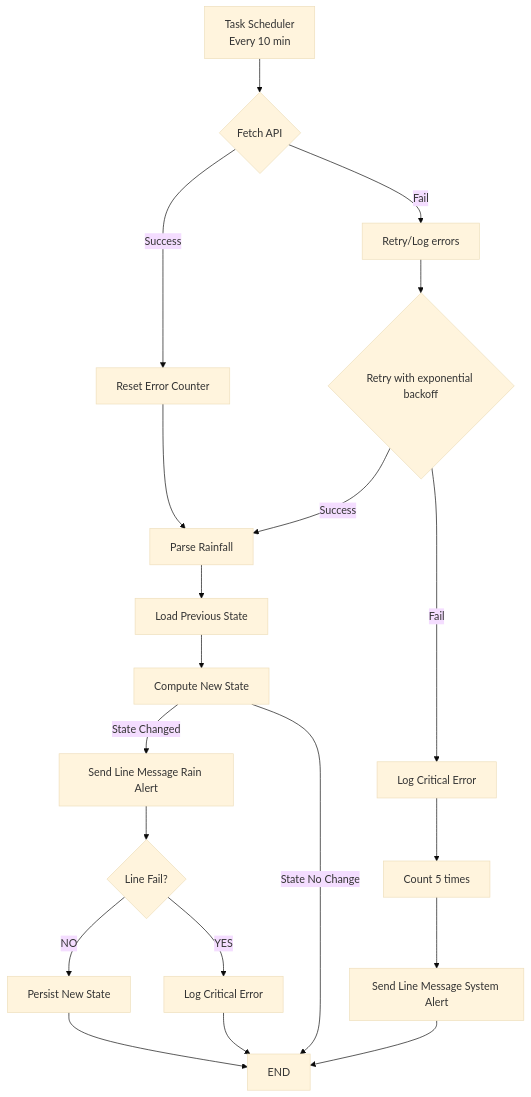
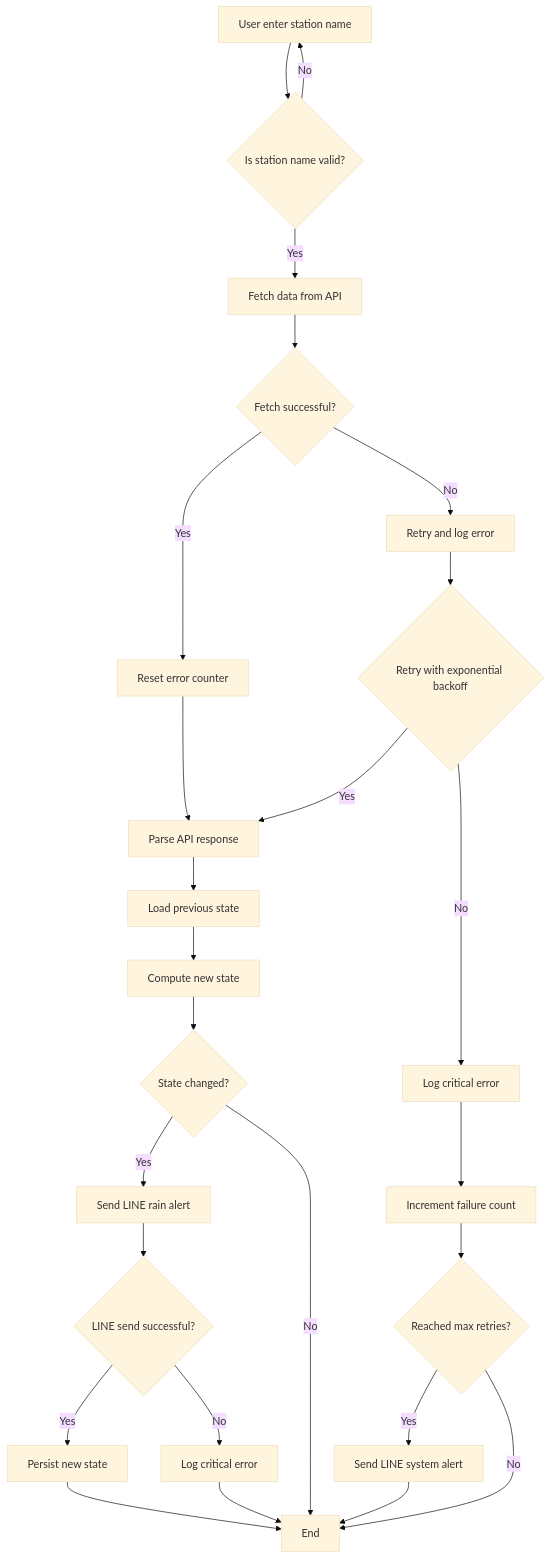
Before and after one commit to jameslatcc/weatherbot: the diagram in README.md, drawn with Mermaid (base theme). The commit also changed other lines of this file, not shown here.

Commit message:
refactor(mermaid): update flow for retry and logic

````diff
--- a/README.md
+++ b/README.md
@@ -4,22 +4,41 @@
 ```mermaid
 graph TD
-    A[Task Scheduler<br>Every 10 min] --> B{Fetch API}
-    B -- Success --> O[Reset Error Counter]
-    O --> C[Parse Rainfall]
-    B -- Fail --> D[Retry/Log errors]
-    D --> E{Retry with exponential backoff}
-    E -- Success --> C
-    E -- Fail --> G[Log Critical Error]
-    G --> M[Count 5 times]
-    M --> N[Send Line Message System Alert]
-    N --> Z
-    C --> F[Load Previous State]
-    F --> H[Compute New State]
-    H -- State Changed --> I[Send Line Message Rain Alert]
-    H -- State No Change --> Z[END]
-    I --> J{Line Fail?}
-    J -- NO --> L[Persist New State]
-    J -- YES --> K[Log Critical Error]
+    A[User enter station name] --> B{Is station name valid?}
+
+    B -- Yes --> C[Fetch data from API]
+    B -- No --> A
+
+    C --> D{Fetch successful?}
+
+    D -- Yes --> E[Reset error counter]
+    E --> F[Parse API response]
+
+    D -- No --> G[Retry and log error]
+    G --> H{Retry with exponential backoff}
+
+    H -- Yes --> F
+    H -- No --> I[Log critical error]
+    I --> J[Increment failure count]
+
+    J --> K{Reached max retries?}
+    K -- Yes --> L[Send LINE system alert]
+    K -- No --> Z[End]
+
+    F --> M[Load previous state]
+    M --> N[Compute new state]
+
+    N --> O{State changed?}
+
+    O -- Yes --> P[Send LINE rain alert]
+    O -- No --> Z
+
+    P --> Q{LINE send successful?}
+
+    Q -- Yes --> R[Persist new state]
+    Q -- No --> S[Log critical error]
+
+    R --> Z
+    S --> Z
     L --> Z
-    K --> Z
+    
 ```
````
